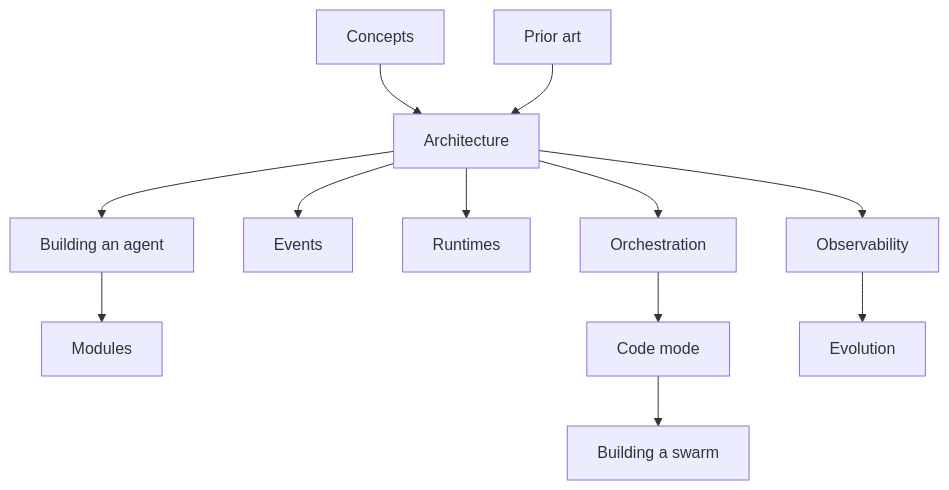
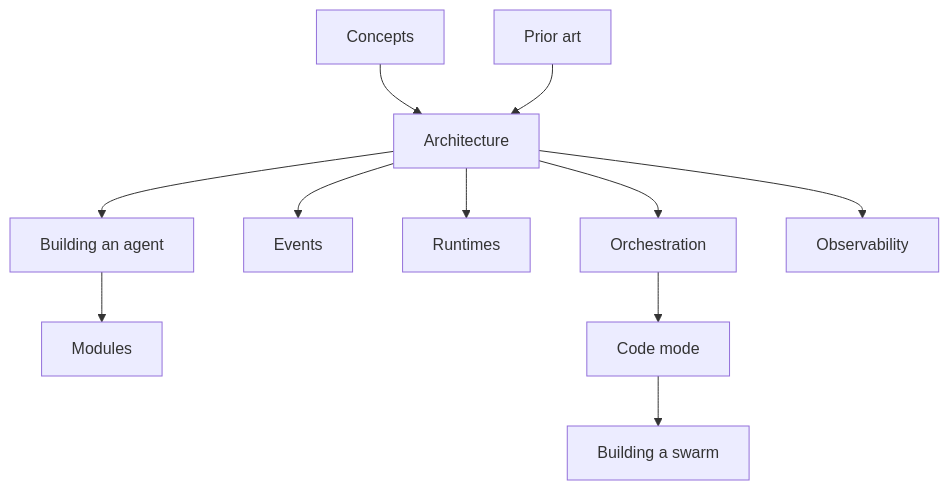
Before and after one commit to clavia-labs/tardigrade: the diagram in docs/README.md, drawn with Mermaid. The commit also changed other lines of this file and 69 other files, not shown here.

````diff
--- a/docs/README.md
+++ b/docs/README.md
@@ -7,14 +7,13 @@
 ```mermaid
 flowchart TD
   C[Concepts] --> A[Architecture]
   A --> B[Building an agent]
   B --> M[Modules]
   A --> E[Events]
   A --> R[Runtimes]
   A --> Or[Orchestration]
   Or --> Cm[Code mode]
   Cm --> Sw[Building a swarm]
   A --> O[Observability]
-  O --> V[Evolution]
   P[Prior art] --> A
 ```
````
